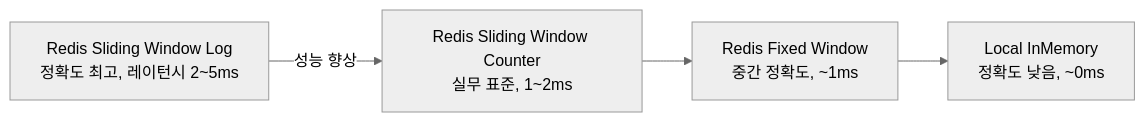
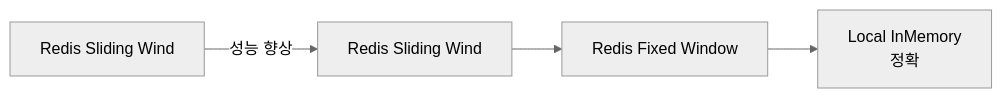
Before and after one commit to yjkim2015/yjkim2015.github.io: diagram 12 of 13 in _posts/spring/2026-05-01-rate-limiting.md, drawn with Mermaid (neutral theme). The commit also changed other lines of this file and 271 other files, not shown here.

First line of the commit message:
Mermaid 라벨 축소: 긴 노드 텍스트 18자 이하로 트림 + \n 제거

````diff
--- a/_posts/spring/2026-05-01-rate-limiting.md
+++ b/_posts/spring/2026-05-01-rate-limiting.md
@@ -935,8 +935,8 @@
 ```mermaid
 graph LR
-    A["Redis Sliding Window Log\n정확도 최고, 레이턴시 2~5ms"]
-    B["Redis Sliding Window Counter\n실무 표준, 1~2ms"]
-    C["Redis Fixed Window\n중간 정확도, ~1ms"]
-    D["Local InMemory\n정확도 낮음, ~0ms"]
+    A["Redis Sliding Wind"]
+    B["Redis Sliding Wind"]
+    C["Redis Fixed Window"]
+    D["Local InMemory\n정확"]
     A -->|"성능 향상"| B --> C --> D
 ```
````
